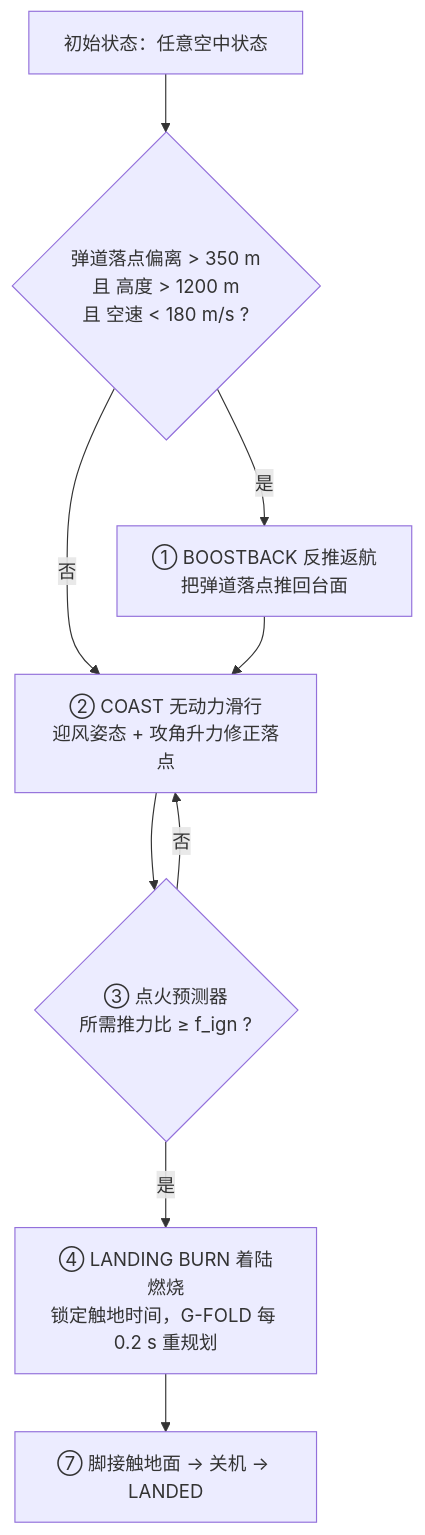
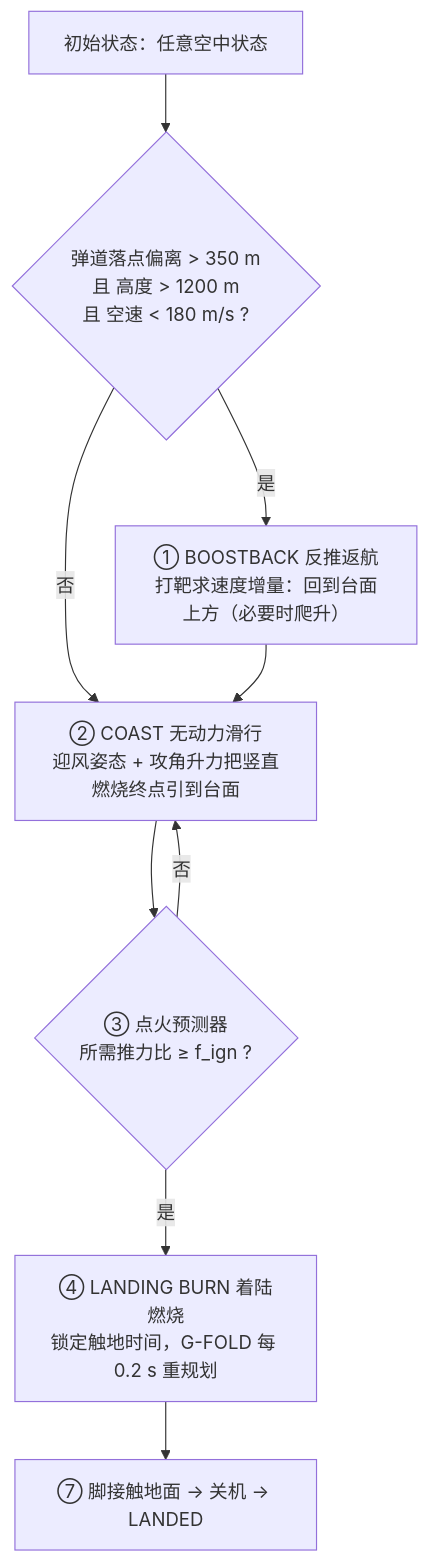
Before and after one commit to SpringMomu/GFOLD-Rocket-Recovery-Simulation: the diagram in README.md, drawn with Mermaid. The commit also changed other lines of this file and 2 other files, not shown here.

````diff
--- a/README.md
+++ b/README.md
@@ -81,11 +82,11 @@
 ```mermaid
 flowchart TD
     A["初始状态：任意空中状态"] --> B{"弹道落点偏离 &gt; 350 m<br/>且 高度 &gt; 1200 m<br/>且 空速 &lt; 180 m/s ?"}
-    B -- 是 --> C["① BOOSTBACK 反推返航<br/>把弹道落点推回台面"]
+    B -- 是 --> C["① BOOSTBACK 反推返航<br/>打靶求速度增量：回到台面上方（必要时爬升）"]
     B -- 否 --> D
-    C --> D["② COAST 无动力滑行<br/>迎风姿态 + 攻角升力修正落点"]
+    C --> D["② COAST 无动力滑行<br/>迎风姿态 + 攻角升力把竖直燃烧终点引到台面"]
     D --> E{"③ 点火预测器<br/>所需推力比 ≥ f_ign ?"}
     E -- 否 --> D
     E -- 是 --> F["④ LANDING BURN 着陆燃烧<br/>锁定触地时间，G-FOLD 每 0.2 s 重规划"]
     F --> G["⑦ 脚接触地面 → 关机 → LANDED"]
 ```
````
